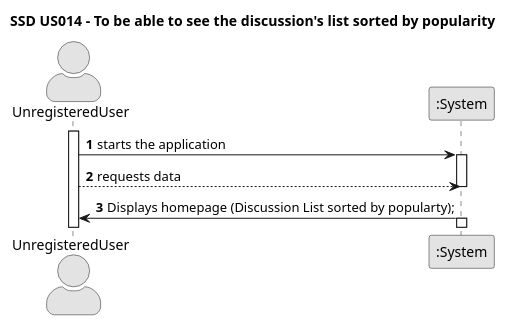
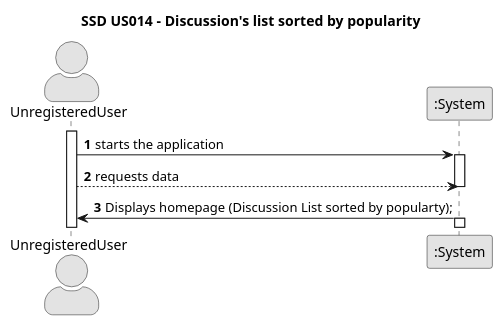
The diagram in docs/sprint01/us014/01.requirements-engineering/puml/us014-system-sequence-diagram-alternative-two.puml (TiagoMagalhaes1232507/Testando-projeto), drawn with PlantUML before and after one commit. The commit also changed 13 other files, not shown here.

```diff
--- a/docs/sprint01/us014/01.requirements-engineering/puml/us014-system-sequence-diagram-alternative-two.puml
+++ b/docs/sprint01/us014/01.requirements-engineering/puml/us014-system-sequence-diagram-alternative-two.puml
@@ -1,25 +1,25 @@
 @startuml
 skinparam monochrome true
 skinparam packageStyle rectangle
 skinparam shadowing false
 skinparam actorStyle awesome
 
-title SSD US014 - To be able to see the discussion's list sorted by popularity
+title SSD US014 - Discussion's list sorted by popularity
 
 autonumber
 
 actor "UnregisteredUser" as User
 participant ":System" as System
 
 activate User
 
     User -> System : starts the application
     activate System
 
         User --> System : requests data
     deactivate System
 
     System -> User : Displays homepage (Discussion List sorted by popularty);
       
 activate System
 @enduml
```
